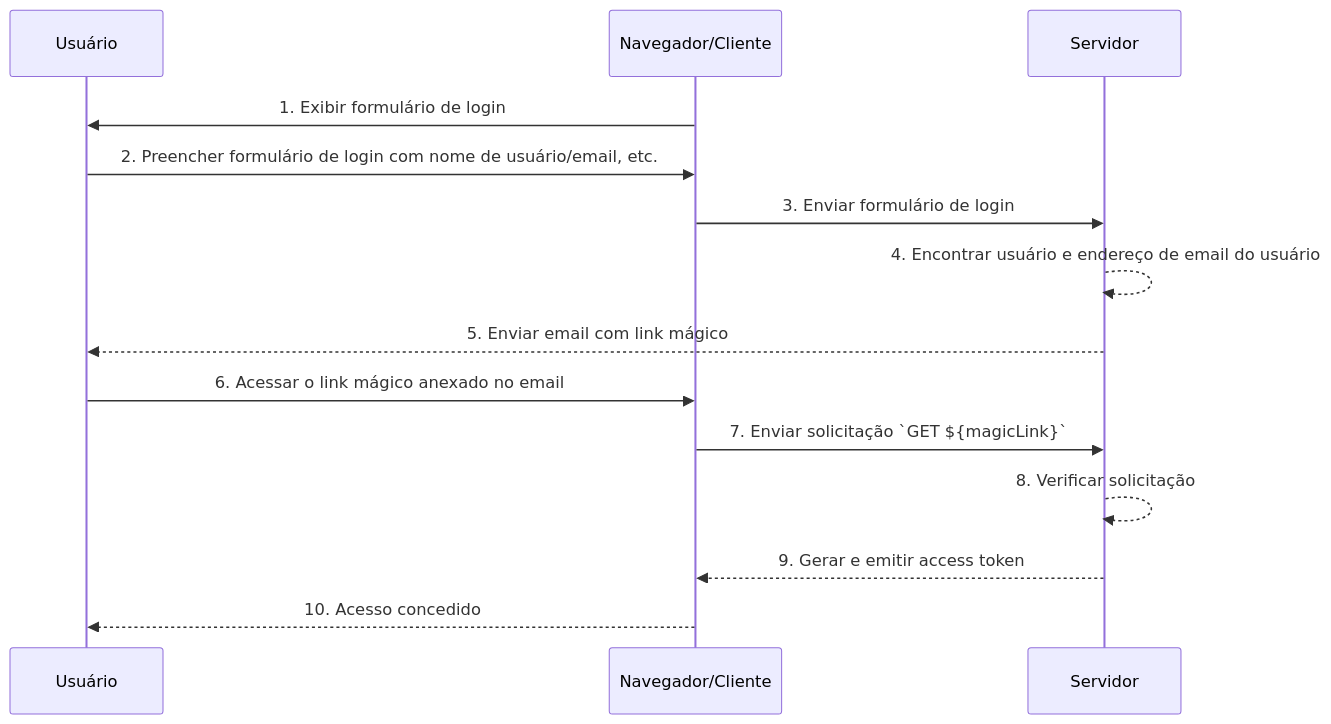
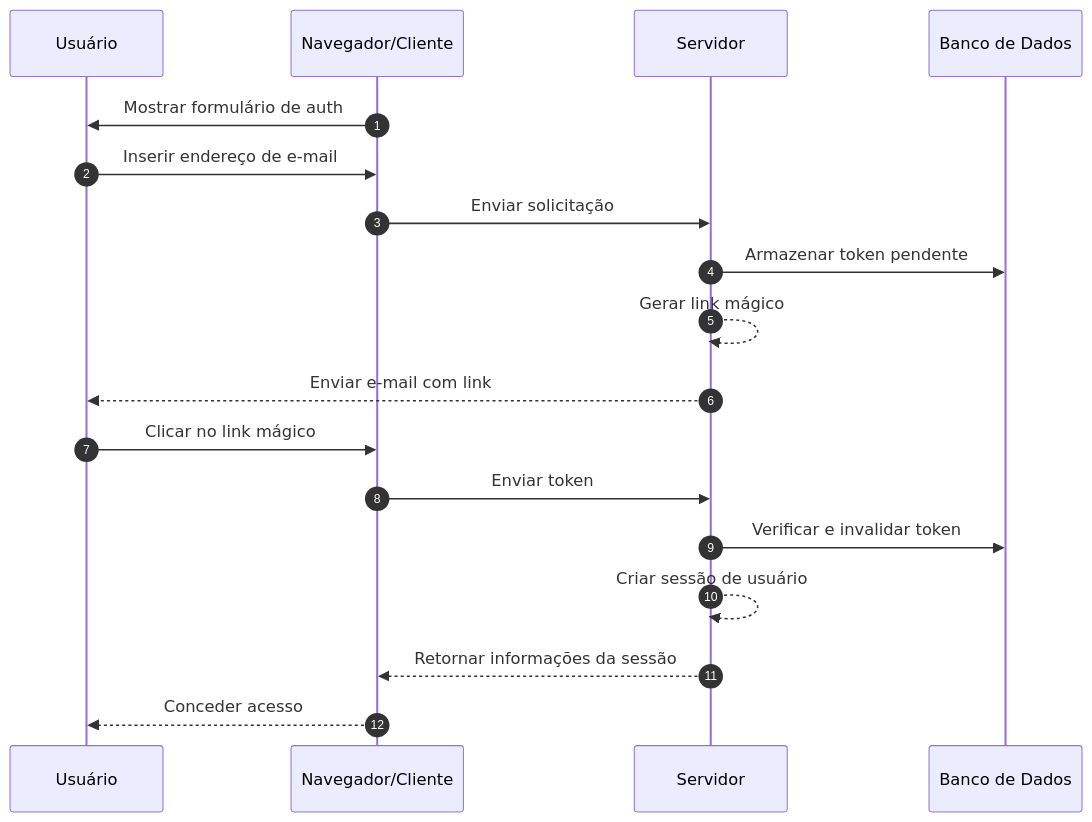
One commit to logto-io/auth-wiki changed the first of 2 diagrams in src/content/terms/pt-br/magic-link.mdx. Above: the diagram before and after it, drawn with Mermaid. The commit also changed other lines of this file and 95 other files, not shown here.

````diff
--- a/src/content/terms/pt-br/magic-link.mdx
+++ b/src/content/terms/pt-br/magic-link.mdx
@@ -31,16 +17,20 @@
 ```mermaid
 sequenceDiagram
+    autonumber
     participant U as Usuário
     participant B as Navegador/Cliente
     participant S as Servidor
-    B->>U: 1. Exibir formulário de login
-    U->>B: 2. Preencher formulário de login com nome de usuário/email, etc.
-    B->>S: 3. Enviar formulário de login
-    S-->>S: 4. Encontrar usuário e endereço de email do usuário
-    S-->>U: 5. Enviar email com link mágico
-    U->>B: 6. Acessar o link mágico anexado no email
-    B->>S: 7. Enviar solicitação `GET ${magicLink}`
-    S-->>S: 8. Verificar solicitação
-    S-->>B: 9. Gerar e emitir access token
-    B-->>U: 10. Acesso concedido
+    participant D as Banco de Dados
+    B->>U: Mostrar formulário de auth
+    U->>B: Inserir endereço de e-mail
+    B->>S: Enviar solicitação
+    S->>D: Armazenar token pendente
+    S-->>S: Gerar link mágico
+    S-->>U: Enviar e-mail com link
+    U->>B: Clicar no link mágico
+    B->>S: Enviar token
+    S->>D: Verificar e invalidar token
+    S-->>S: Criar sessão de usuário
+    S-->>B: Retornar informações da sessão
+    B-->>U: Conceder acesso
 ```
````
